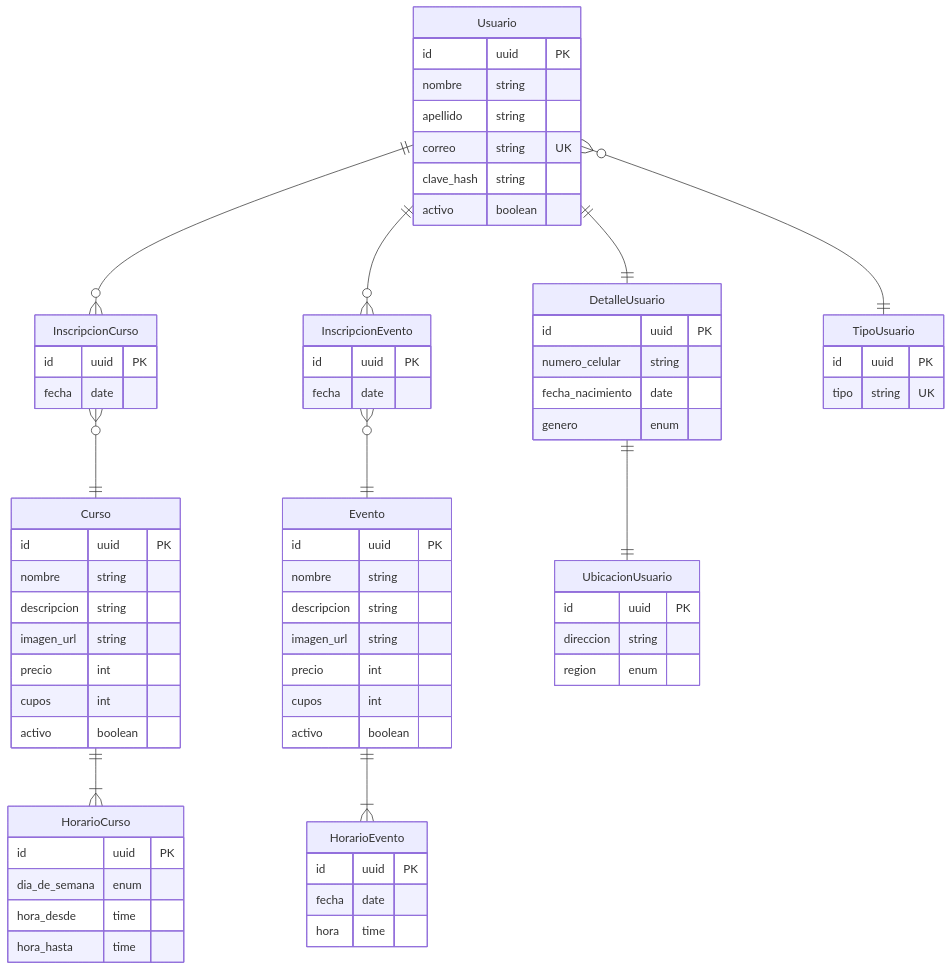
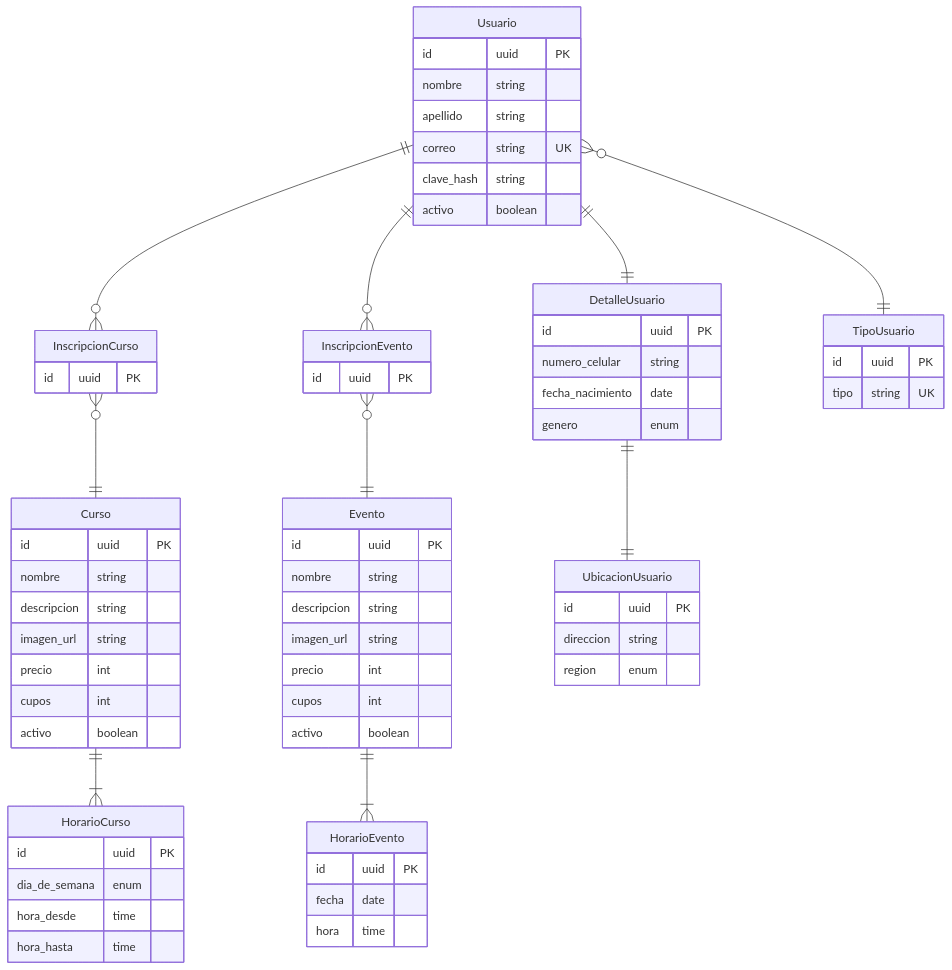
One commit to NicolasCarrasco7261/CasaTallerMuso changed the diagram in Documentación/Diagamas/MER.mermaid.md. Above: the diagram before and after it, drawn with Mermaid. The commit also changed 4 other files, not shown here.

```diff
--- a/Documentación/Diagamas/MER.mermaid.md
+++ b/Documentación/Diagamas/MER.mermaid.md
@@ -36,12 +36,10 @@
 	
 	InscripcionCurso {
 		id uuid PK
-		fecha date
 	}
 	
 	InscripcionEvento {
 		id uuid PK
-		fecha date
 	}
 	
 	Usuario ||--o{ InscripcionCurso : ""
```
